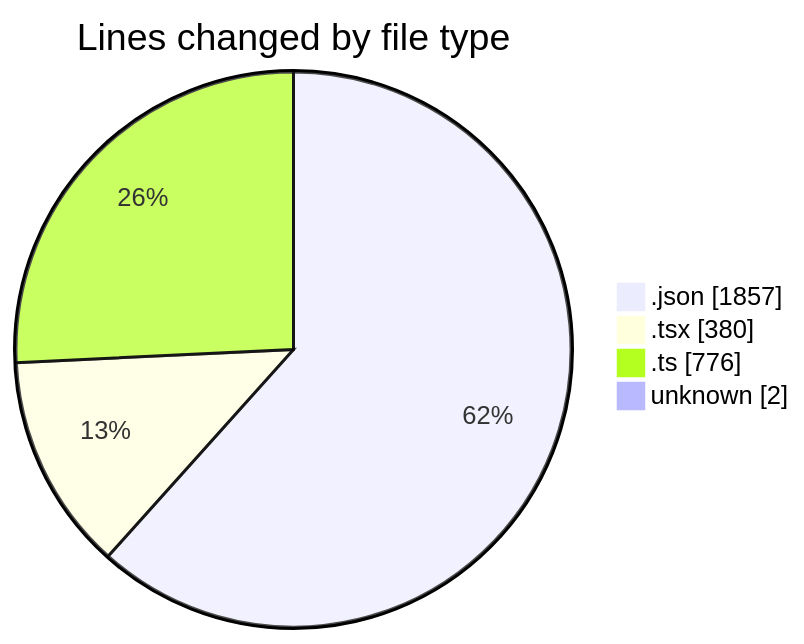
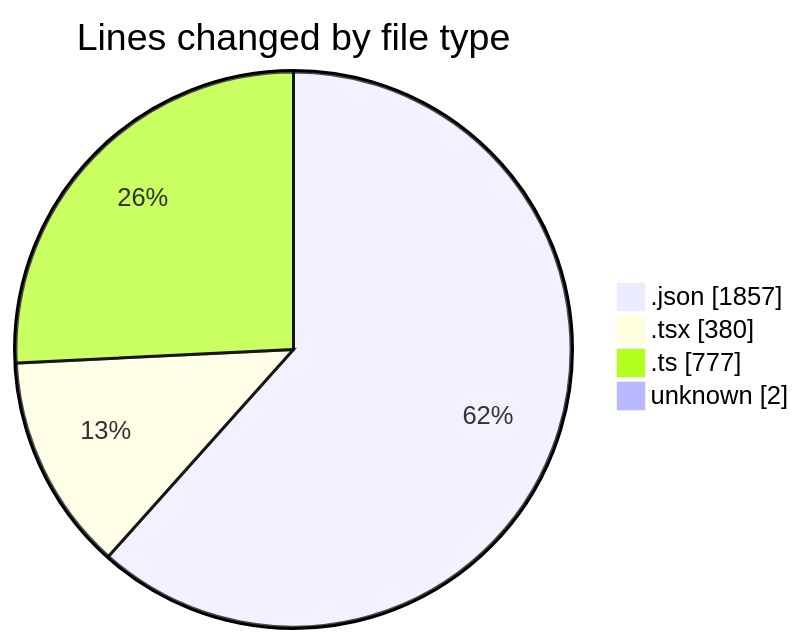
Before and after one commit to julien-gomy/code-tracking: the first of 2 diagrams in 2025-11-19/eventscop-frontend-guide__workspace_/README.md, drawn with Mermaid. The commit also changed other lines of this file and 1 other file, not shown here.

````diff
--- a/2025-11-19/eventscop-frontend-guide__workspace_/README.md
+++ b/2025-11-19/eventscop-frontend-guide__workspace_/README.md
@@ -40,8 +40,8 @@
 ```mermaid
 pie showData
 title Lines changed by file type
 ".json" : 1857
 ".tsx" : 380
-".ts" : 776
+".ts" : 777
 "unknown" : 2
 ```
````
